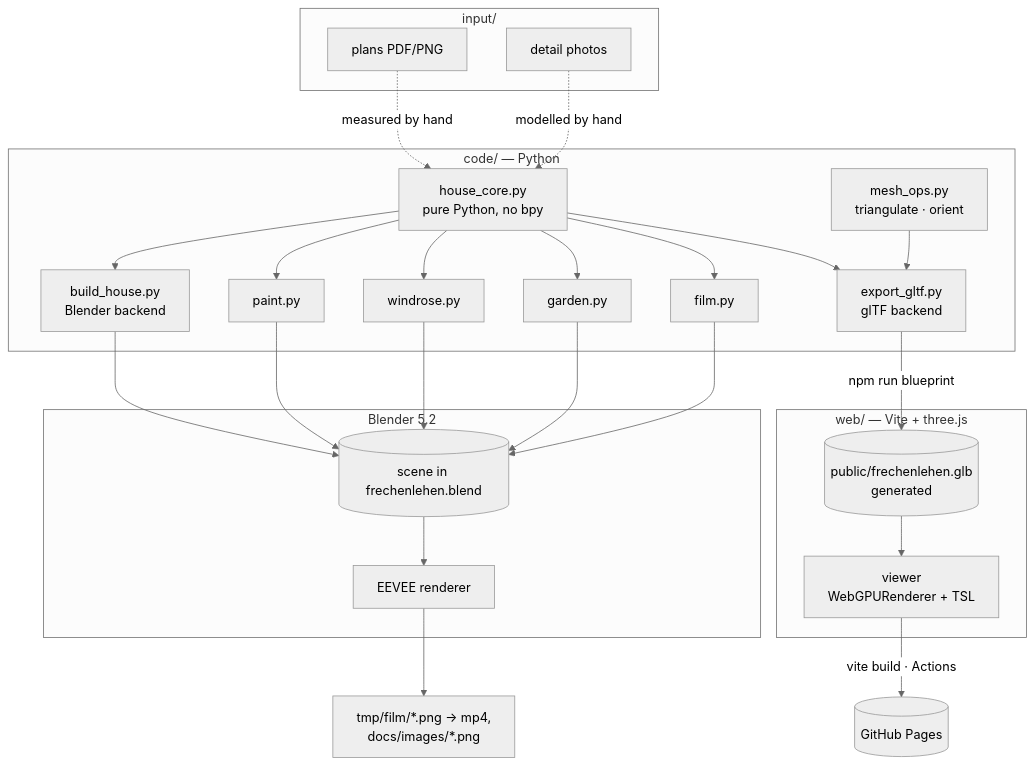
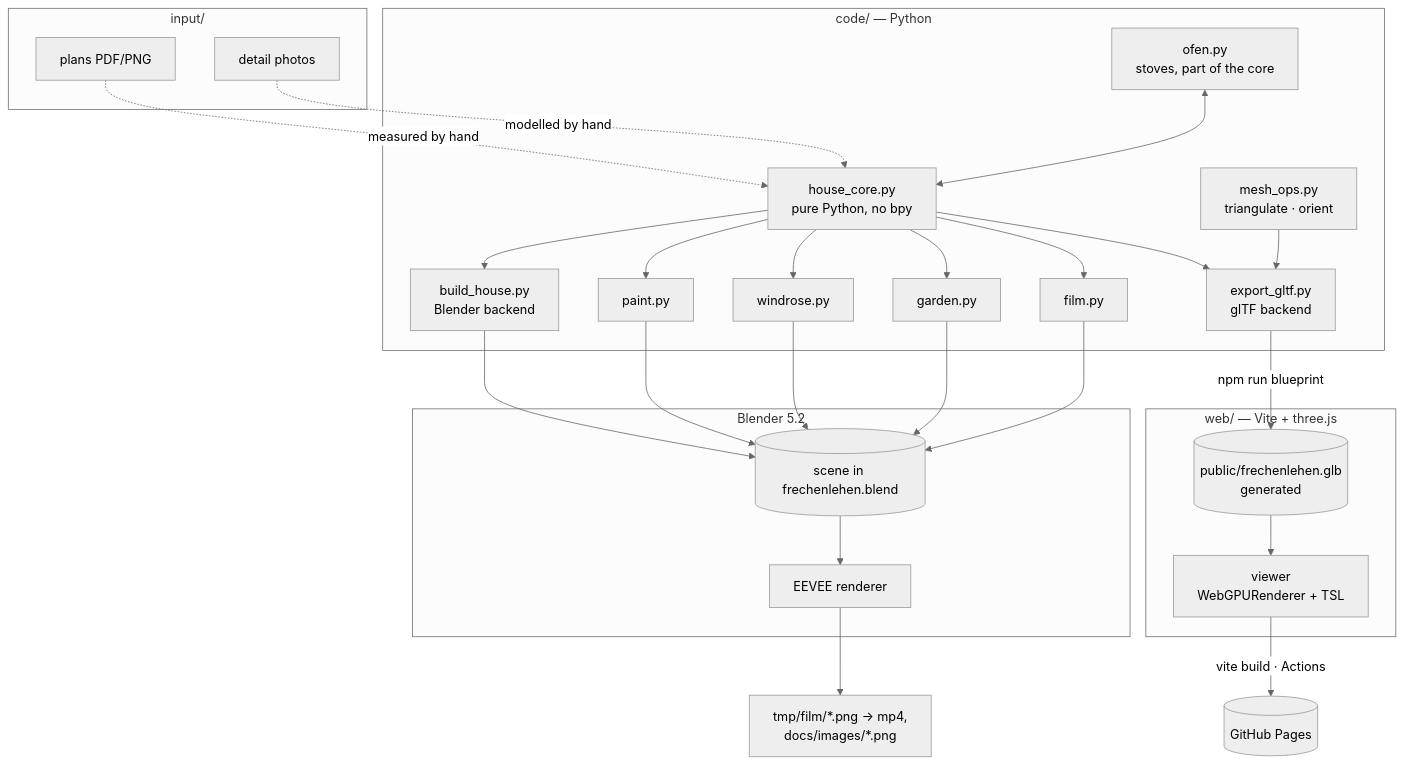
Before and after one commit to tillg/frechen_blender: the first of 3 diagrams in specs/system/architecture.md, drawn with Mermaid (neutral theme). The commit also changed other lines of this file and 50 other files, not shown here.

````diff
--- a/specs/system/architecture.md
+++ b/specs/system/architecture.md
@@ -22,34 +23,36 @@
 ```mermaid
 flowchart TB
     subgraph inp["input/"]
         PDF["plans PDF/PNG"]
         PH["detail photos"]
     end
     subgraph py["code/ — Python"]
         CORE["house_core.py<br/>pure Python, no bpy"]
+        OF["ofen.py<br/>stoves, part of the core"]
         MO["mesh_ops.py<br/>triangulate · orient"]
         BH["build_house.py<br/>Blender backend"]
         EX["export_gltf.py<br/>glTF backend"]
         PA["paint.py"]
         WR["windrose.py"]
         GA["garden.py"]
         FI["film.py"]
     end
     subgraph blender["Blender 5.2"]
         SC[("scene in frechenlehen.blend")]
         EV["EEVEE renderer"]
     end
     subgraph web["web/ — Vite + three.js"]
         GLB[("public/frechenlehen.glb<br/>generated")]
         APP["viewer<br/>WebGPURenderer + TSL"]
     end
     PDF -. measured by hand .-> CORE
     PH -. modelled by hand .-> CORE
+    OF <--> CORE
     CORE --> BH & EX
     CORE --> PA & WR & GA & FI
     MO --> EX
     BH & PA & WR & GA & FI --> SC
     SC --> EV --> OUT["tmp/film/*.png → mp4,<br/>docs/images/*.png"]
     EX -->|npm run blueprint| GLB --> APP
     APP -->|vite build · Actions| PAGES[("GitHub Pages")]
 ```
````
